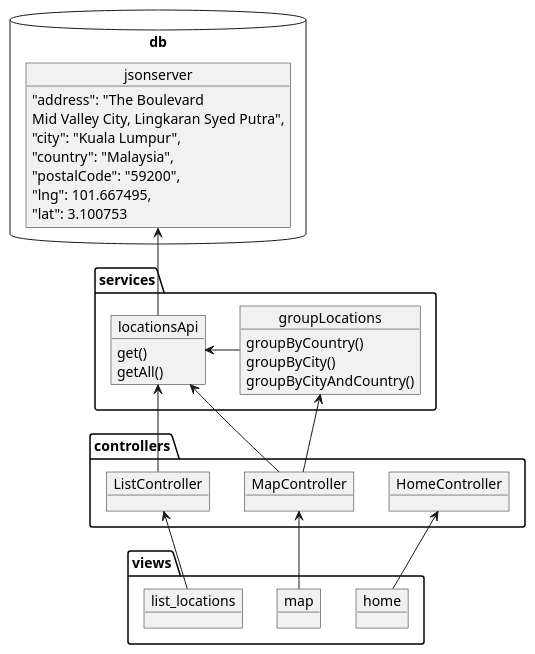
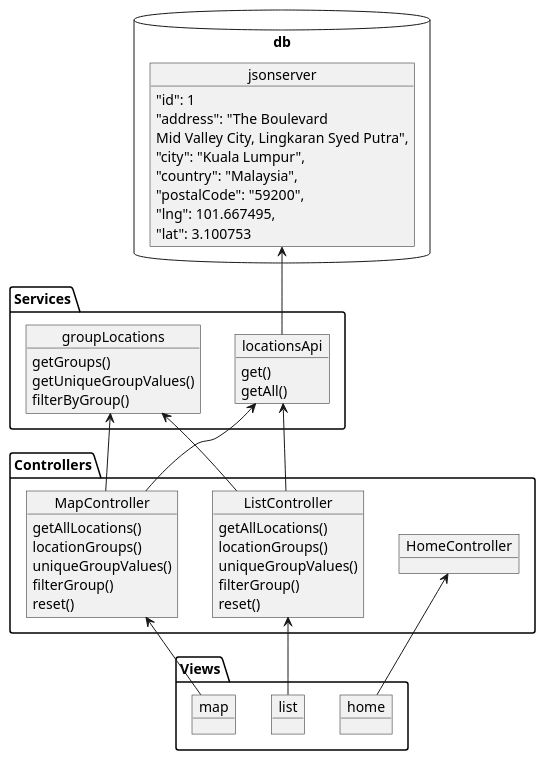
The diagram in app.puml (aaronmyatt/baeapp), drawn with PlantUML before and after one commit. The commit also changed 3 other files, not shown here.

Commit message:
docs and diagram updates

```diff
--- a/app.puml
+++ b/app.puml
@@ -1,64 +1,72 @@
 package db <<database>> {
     object jsonserver {
+      "id": 1
       "address": "The Boulevard\nMid Valley City, Lingkaran Syed Putra",
       "city": "Kuala Lumpur",
       "country": "Malaysia",
       "postalCode": "59200",
       "lng": 101.667495,
       "lat": 3.100753
     }
 }
 
-package views {
+package Services {
+
+    object locationsApi {
+        get()
+        getAll()
+    }
+
+    object groupLocations {
+        getGroups()
+        getUniqueGroupValues()
+        filterByGroup()
+    }
+}
+
+package Controllers {
+    object HomeController {
+
+    }
+
+    object ListController {
+        getAllLocations()
+        locationGroups()
+        uniqueGroupValues()
+        filterGroup()
+        reset()
+    }
+
+    object MapController {
+        getAllLocations()
+        locationGroups()
+        uniqueGroupValues()
+        filterGroup()
+        reset()
+    }
+}
+
+package Views {
     object home {
 
     }
 
-    object list_locations {
+    object list {
 
     }
 
     object map {
 
     }
 }
 
-package controllers {
-    object HomeController {
-
-    }
-
-    object ListController {
-
-    }
-
-    object MapController {
-
-    }
-}
-
-package services {
-    object locationsApi {
-        get()
-        getAll()
-    }
-
-    object groupLocations {
-        groupByCountry()
-        groupByCity()
-        groupByCityAndCountry()
-    }
-}
-
 jsonserver <-- locationsApi
-
-locationsApi <-right- groupLocations
-
 
 locationsApi <-- ListController
 locationsApi <-- MapController
+groupLocations <-- ListController
 groupLocations <-- MapController
 
 HomeController <-- home
-ListController <-- list_locations
+ListController <-- list
 MapController <-- map
```
